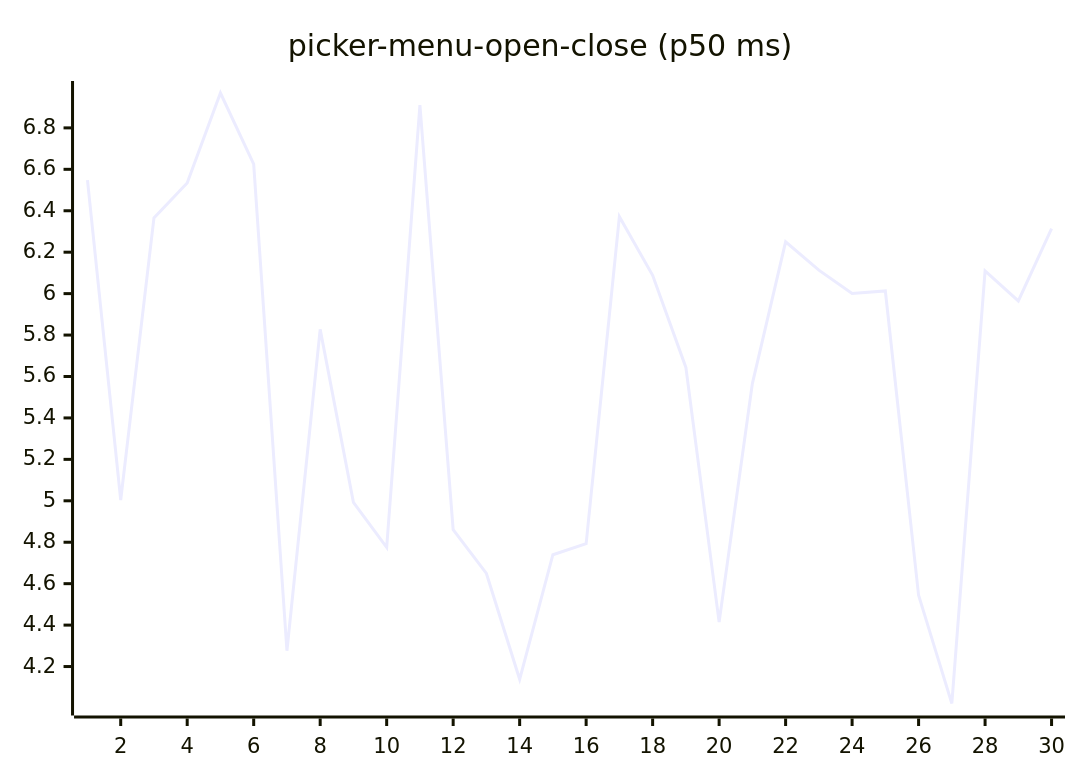
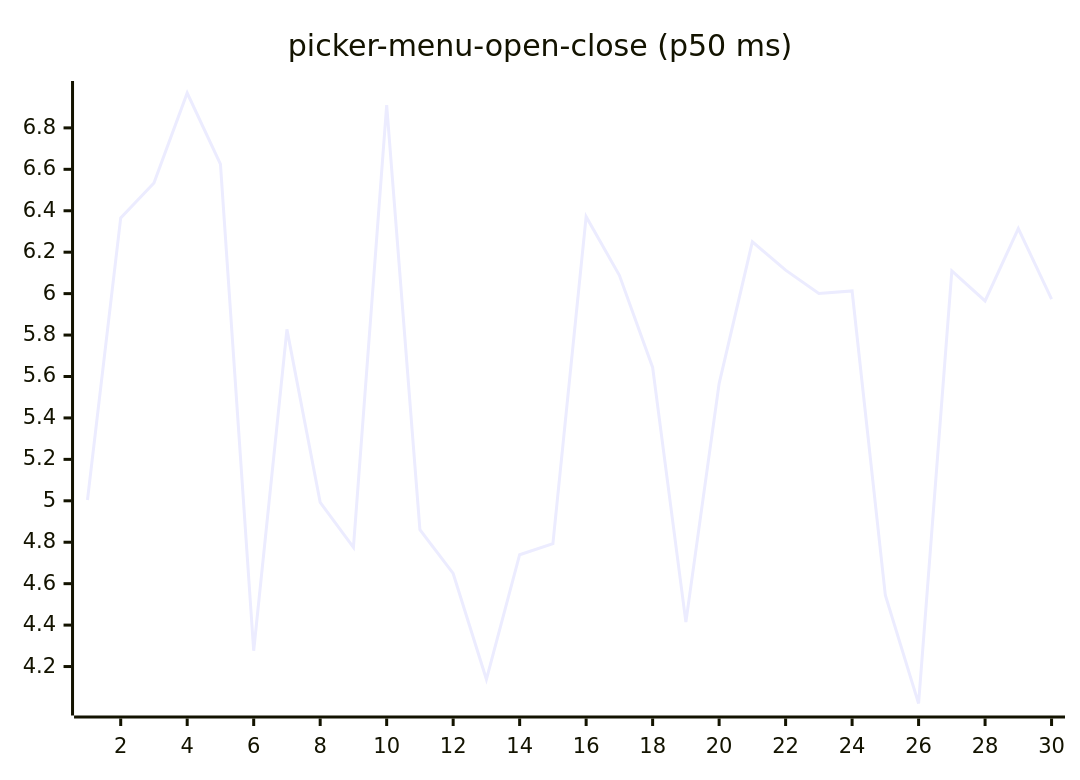
Before and after one commit to josha/Facet: diagram 16 of 27 in README.md, drawn with Mermaid. The commit also changed other lines of this file and 2 other files, not shown here.

````diff
--- a/README.md
+++ b/README.md
@@ -168,6 +168,6 @@
 ```mermaid
 xychart-beta
     title "picker-menu-open-close (p50 ms)"
     x-axis 1 --> 30
-    line [6.5483, 5.0039, 6.3653, 6.5343, 6.9684, 6.6249, 4.2762, 5.8275, 4.9929, 4.7749, 6.9094, 4.8605, 4.6493, 4.1383, 4.7397, 4.7934, 6.3713, 6.0885, 5.6440, 4.4145, 5.5656, 6.2500, 6.1133, 6.0006, 6.0128, 4.5439, 4.0216, 6.1100, 5.9646, 6.3137]
+    line [5.0039, 6.3653, 6.5343, 6.9684, 6.6249, 4.2762, 5.8275, 4.9929, 4.7749, 6.9094, 4.8605, 4.6493, 4.1383, 4.7397, 4.7934, 6.3713, 6.0885, 5.6440, 4.4145, 5.5656, 6.2500, 6.1133, 6.0006, 6.0128, 4.5439, 4.0216, 6.1100, 5.9646, 6.3137, 5.9733]
 ```
````
